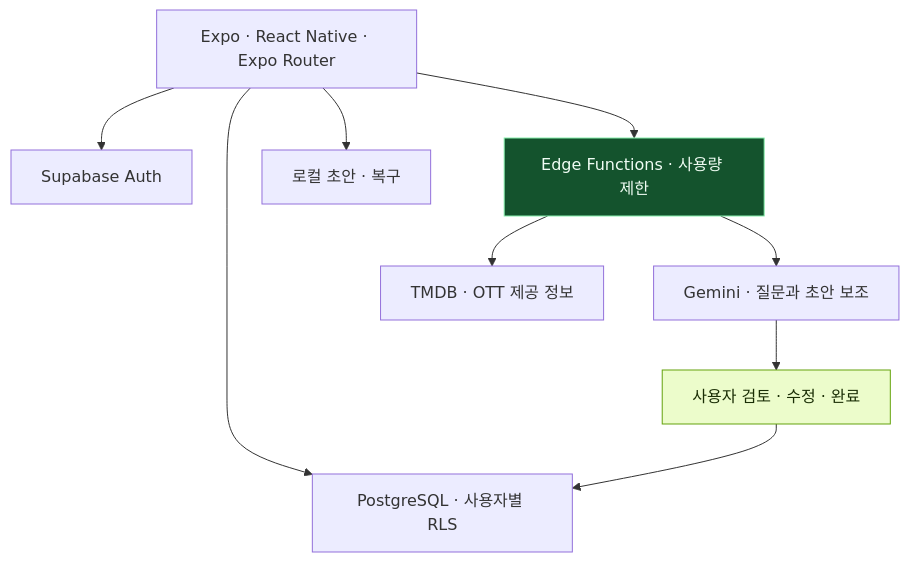
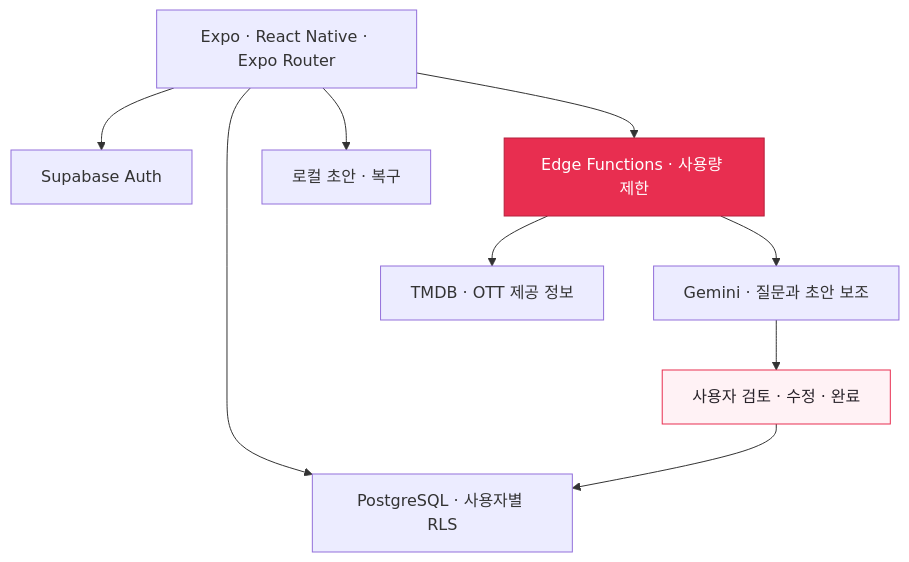
One commit to hoya0328/flick changed the diagram in README.md. Above: the diagram before and after it, drawn with Mermaid. The commit also changed other lines of this file, not shown here.

````diff
--- a/README.md
+++ b/README.md
@@ -73,13 +84,13 @@
 ```mermaid
 flowchart TD
     U["Expo · React Native · Expo Router"] --> A["Supabase Auth"]
     U --> D["PostgreSQL · 사용자별 RLS"]
     U --> L["로컬 초안 · 복구"]
     U --> F["Edge Functions · 사용량 제한"]
     F --> T["TMDB · OTT 제공 정보"]
     F --> G["Gemini · 질문과 초안 보조"]
     G --> R["사용자 검토 · 수정 · 완료"]
     R --> D
-    style F fill:#14532d,color:#f0fdf4,stroke:#86efac
-    style R fill:#ecfccb,color:#1a2e05,stroke:#65a30d
+    style F fill:#e82e50,color:#ffffff,stroke:#b6203c
+    style R fill:#fff2f5,color:#28232a,stroke:#e82e50
 ```
````
